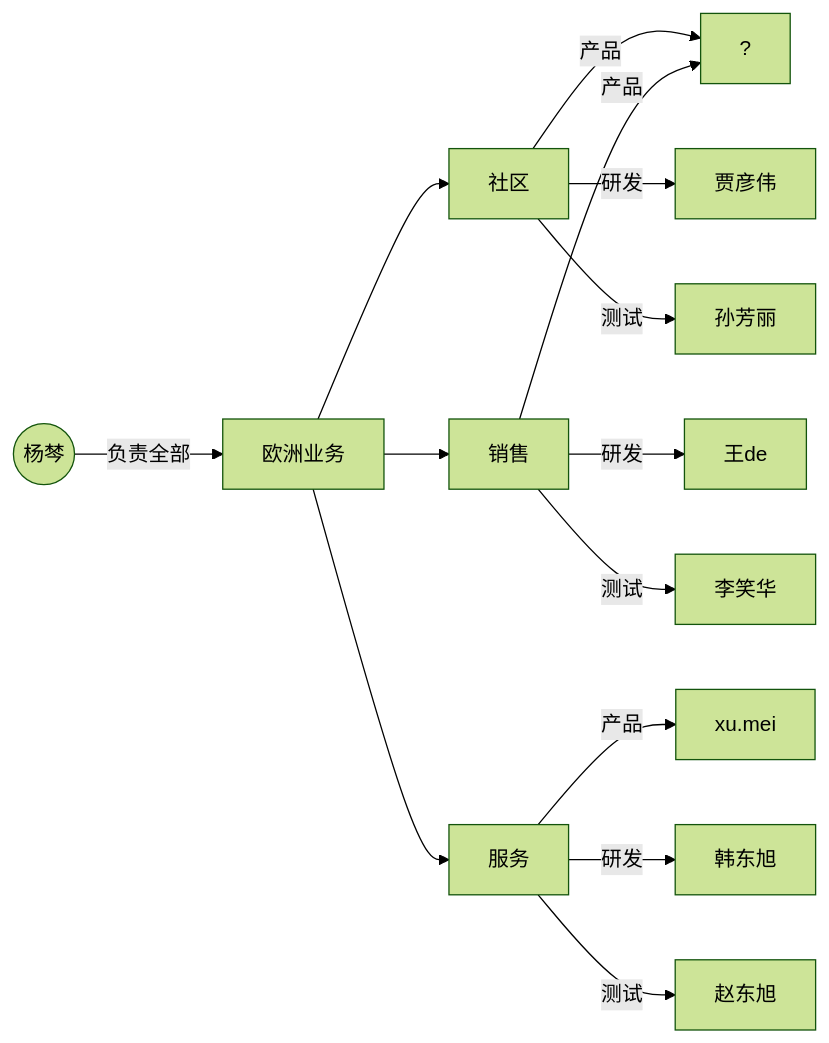
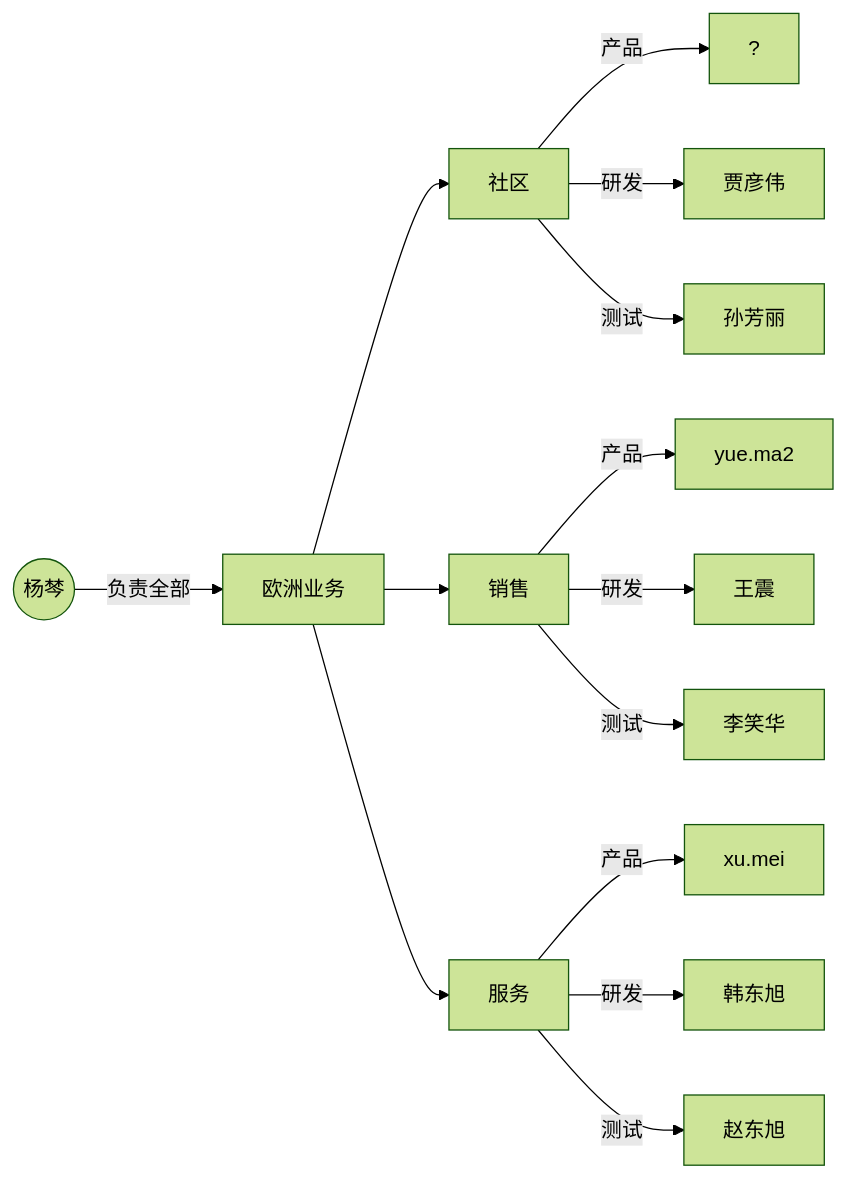
Before and after one commit to newle/newle.github.io: the diagram in 欧洲团队划分.md, drawn with Mermaid (forest theme).

Commit message:
vault backup: 2022-10-31 13:03:23

````diff
--- a/欧洲团队划分.md
+++ b/欧洲团队划分.md
@@ -3,17 +3,17 @@
 ```mermaid
 graph LR
 leader((杨棽))--负责全部-->欧洲业务
 欧洲业务-->社区
 欧洲业务-->销售
 欧洲业务-->服务
 社区--产品-->?
 社区--研发-->贾彦伟
 社区--测试-->孙芳丽
-销售--产品-->?
-销售--研发-->王de
+销售--产品-->yue.ma2
+销售--研发-->王震
 销售--测试-->李笑华
 服务--产品-->xu.mei
 服务--研发-->韩东旭
 服务--测试-->赵东旭
 
 ```
````
